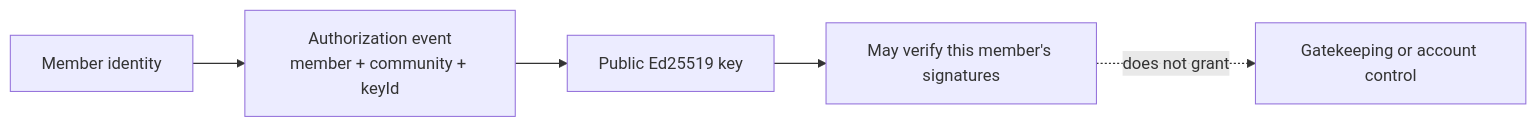
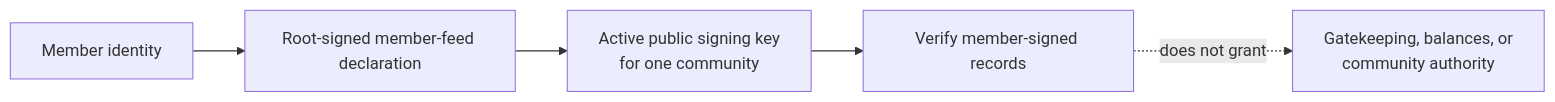
The diagram in docs/education/27-member-key-authorization.md (matthewlovestocode/peer-hours), drawn with Mermaid before and after one commit. The commit also changed other lines of this file and 62 other files, not shown here.

````diff
--- a/docs/education/27-member-key-authorization.md
+++ b/docs/education/27-member-key-authorization.md
@@ -5,7 +5,7 @@
 ```mermaid
 flowchart LR
-  M["Member identity"] --> A["Authorization event\nmember + community + keyId"]
-  A --> K["Public Ed25519 key"]
-  K --> S["May verify this member's signatures"]
-  S -. "does not grant" .-> G["Gatekeeping or account control"]
+  M["Member identity"] --> D["Root-signed member-feed declaration"]
+  D --> K["Active public signing key\nfor one community"]
+  K --> V["Verify member-signed records"]
+  V -. "does not grant" .-> G["Gatekeeping, balances, or\ncommunity authority"]
 ```
````
